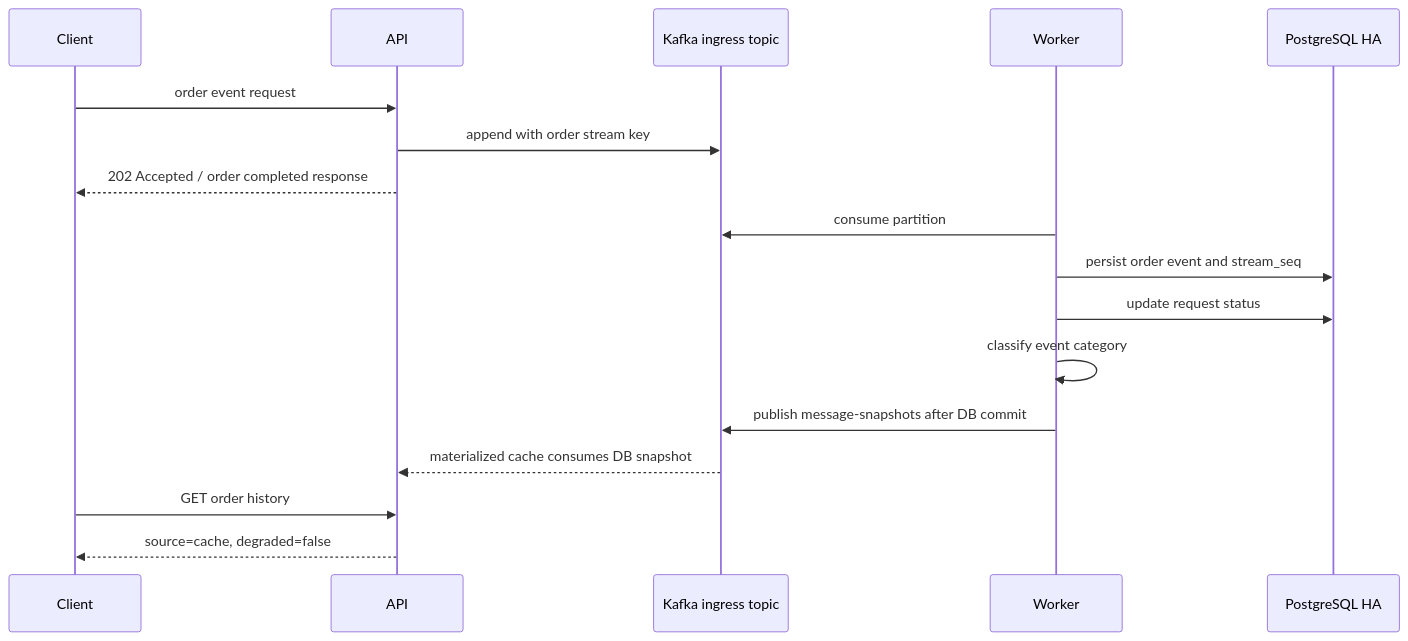
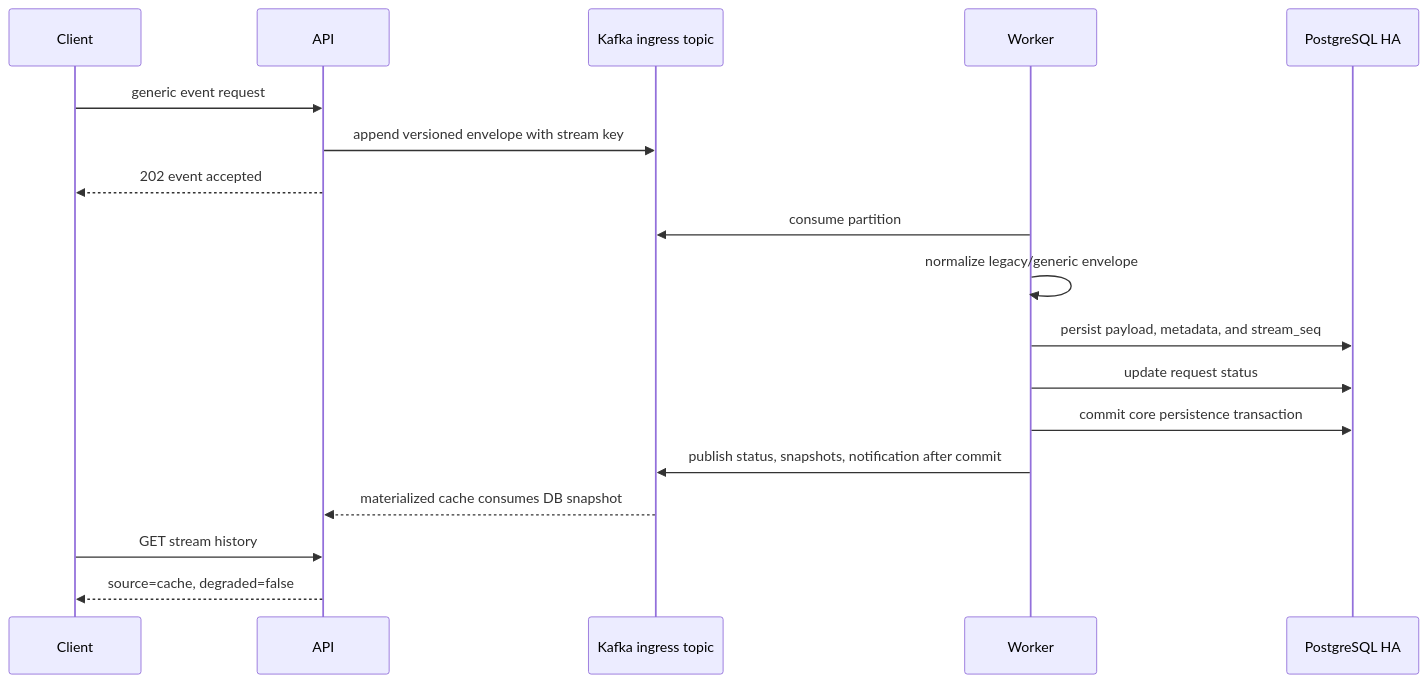
One commit to Jangwanko/Cloud_portfolio changed the first of 3 diagrams in docs/ARCHITECTURE.md. Above: the diagram before and after it, drawn with Mermaid. The commit also changed other lines of this file and 120 other files, not shown here.

````diff
--- a/docs/ARCHITECTURE.md
+++ b/docs/ARCHITECTURE.md
@@ -85,20 +98,21 @@
 ```mermaid
 sequenceDiagram
     participant Client
     participant API
     participant Kafka as Kafka ingress topic
     participant Worker
     participant DB as PostgreSQL HA
 
-    Client->>API: order event request
-    API->>Kafka: append with order stream key
-    API-->>Client: 202 Accepted / order completed response
+    Client->>API: generic event request
+    API->>Kafka: append versioned envelope with stream key
+    API-->>Client: 202 event accepted
     Worker->>Kafka: consume partition
-    Worker->>DB: persist order event and stream_seq
+    Worker->>Worker: normalize legacy/generic envelope
+    Worker->>DB: persist payload, metadata, and stream_seq
     Worker->>DB: update request status
-    Worker->>Worker: classify event category
-    Worker->>Kafka: publish message-snapshots after DB commit
+    Worker->>DB: commit core persistence transaction
+    Worker->>Kafka: publish status, snapshots, notification after commit
     Kafka-->>API: materialized cache consumes DB snapshot
-    Client->>API: GET order history
+    Client->>API: GET stream history
     API-->>Client: source=cache, degraded=false
 ```
````
